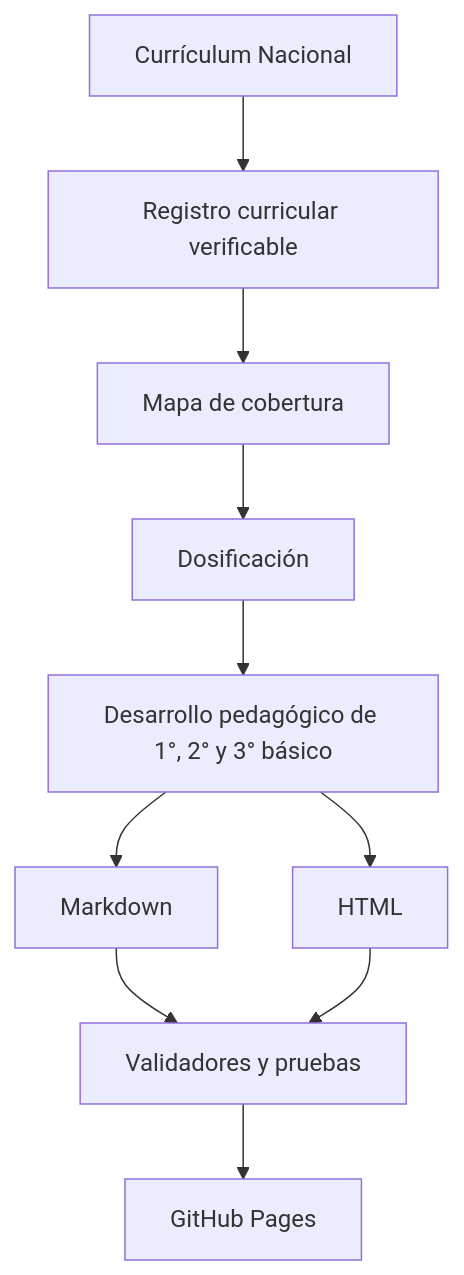
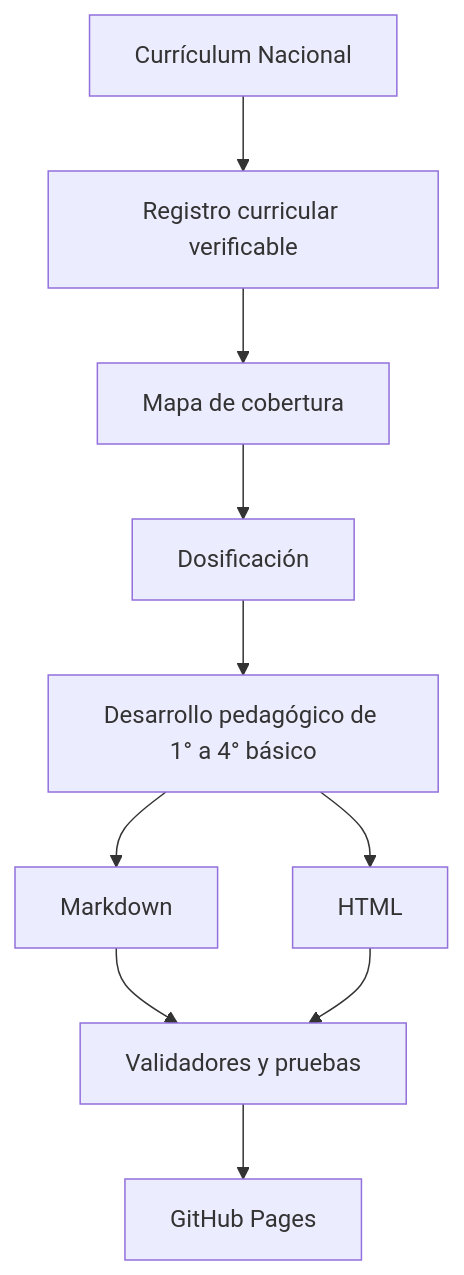
One commit to vladimiracunadev-create/chilean-school-learning-path changed the second of 2 diagrams in README.md. Above: the diagram before and after it, drawn with Mermaid. The commit also changed other lines of this file and 506 other files, not shown here.

````diff
--- a/README.md
+++ b/README.md
@@ -321,12 +333,12 @@
 ```mermaid
 flowchart TD
     A[Currículum Nacional] --> B[Registro curricular verificable]
     B --> C[Mapa de cobertura]
     C --> D[Dosificación]
-    D --> E[Desarrollo pedagógico de 1°, 2° y 3° básico]
+    D --> E[Desarrollo pedagógico de 1° a 4° básico]
     E --> F[Markdown]
     E --> G[HTML]
     F --> H[Validadores y pruebas]
     G --> H
     H --> I[GitHub Pages]
 ```
````
